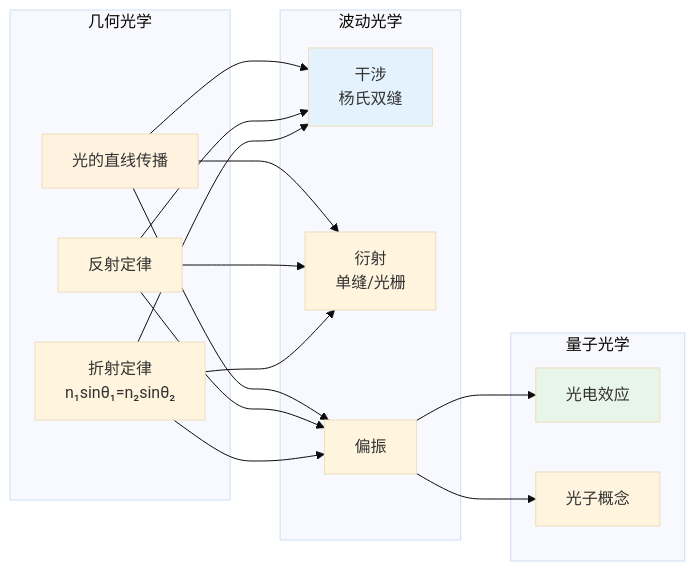
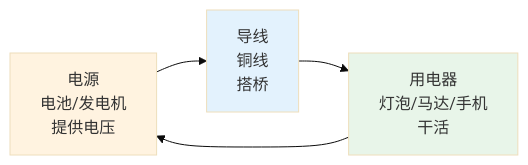
Before and after one commit to wxyClark/wxyClark.github.io: the sixth of 10 diagrams in content/natural-sciences/physics/index.md, drawn with Mermaid (base theme). The commit also changed other lines of this file and 11 other files, not shown here.

````diff
--- a/content/natural-sciences/physics/index.md
+++ b/content/natural-sciences/physics/index.md
@@ -198,26 +132,10 @@
 ```mermaid
 flowchart LR
-    subgraph 几何光学
-        G1[光的直线传播]
-        G2[反射定律]
-        G3[折射定律<br/>n₁sinθ₁=n₂sinθ₂]
-    end
+    C1[电源<br/>电池/发电机<br/>提供电压] --> C2[导线<br/>铜线<br/>搭桥] 
+    C2 --> C3[用电器<br/>灯泡/马达/手机<br/>干活] 
+    C3 --> C1
     
-    subgraph 波动光学
-        W1[干涉<br/>杨氏双缝]
-        W2[衍射<br/>单缝/光栅]
-        W3[偏振]
-    end
-    
-    subgraph 量子光学
-        Q1[光电效应]
-        Q2[光子概念]
-    end
-    
-    G1 & G2 & G3 --> W1 & W2 & W3
-    W3 --> Q1 & Q2
-    
-    style G1 fill:#fff3e0
-    style W1 fill:#e3f2fd
-    style Q1 fill:#e8f5e9
+    style C1 fill:#fff3e0
+    style C2 fill:#e3f2fd
+    style C3 fill:#e8f5e9
 ```
````
